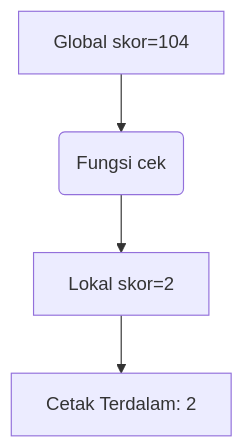
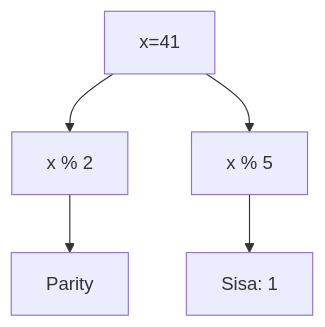
One commit to amnahwaida/OSNK_INF_PREP changed diagram 13 of 25 in part-c-pemahaman-cpp/04-fungsi/latihan/set-11.md. Above: the diagram before and after it, drawn with Mermaid. The commit also changed other lines of this file and 71 other files, not shown here.

````diff
--- a/part-c-pemahaman-cpp/04-fungsi/latihan/set-11.md
+++ b/part-c-pemahaman-cpp/04-fungsi/latihan/set-11.md
@@ -421,6 +387,7 @@
 ```mermaid
 graph TD
-    A[Global skor=104] --> B(Fungsi cek)
-    B --> C[Lokal skor=2]
-    C --> D[Cetak Terdalam: 2]
+A[x=41] --> B[x % 2]
+B --> C[Parity]
+A --> D[x % 5]
+D --> E[Sisa: 1]
 ```
````
